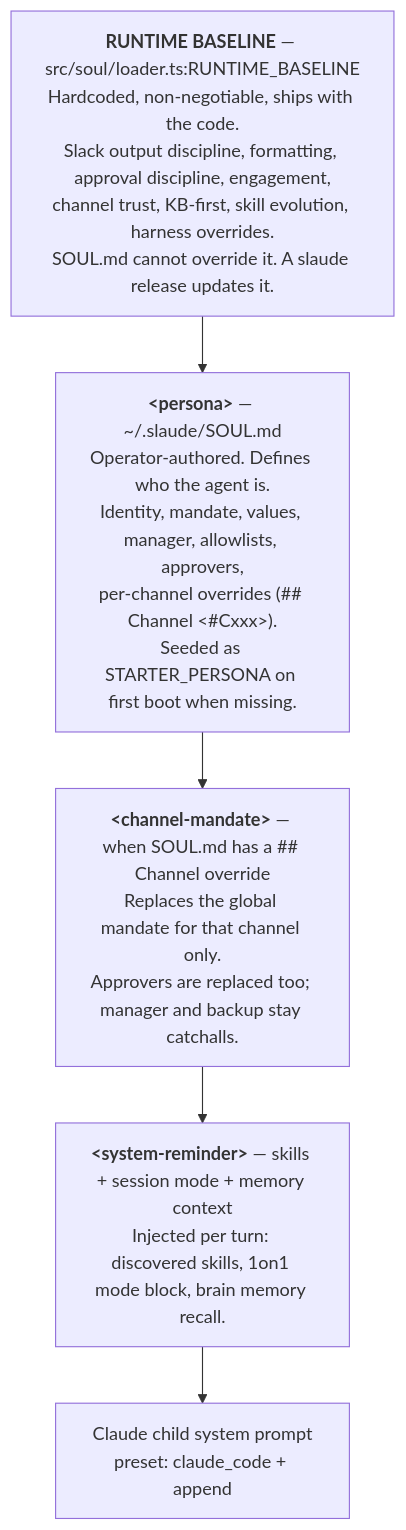
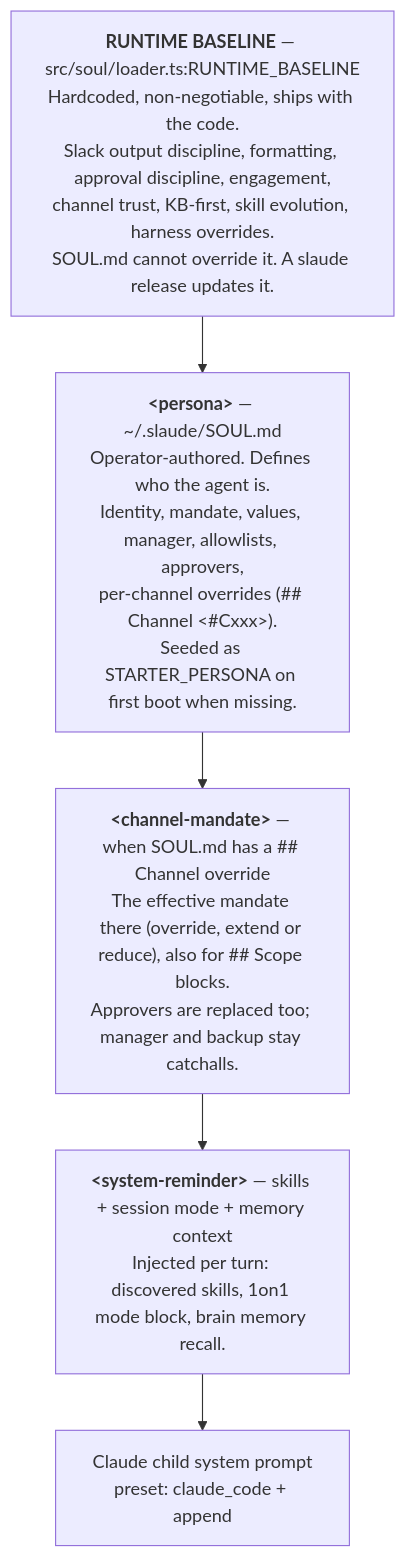
Before and after one commit to barockok/slaude: the seventh of 8 diagrams in docs/site/_content/start/architecture.md, drawn with Mermaid. The commit also changed other lines of this file and 36 other files, not shown here.

First line of the commit message:
feat(soul): scoped mandates (override, extend, reduce per boundary) (#185)

````diff
--- a/docs/site/_content/start/architecture.md
+++ b/docs/site/_content/start/architecture.md
@@ -340,10 +341,10 @@
 ```mermaid
 flowchart TB
   Base["<b>RUNTIME BASELINE</b> — src/soul/loader.ts:RUNTIME_BASELINE<br/>Hardcoded, non-negotiable, ships with the code.<br/>Slack output discipline, formatting, approval discipline, engagement,<br/>channel trust, KB-first, skill evolution, harness overrides.<br/>SOUL.md cannot override it. A slaude release updates it."]
   Persona["<b>&lt;persona&gt;</b> — ~/.slaude/SOUL.md<br/>Operator-authored. Defines who the agent is.<br/>Identity, mandate, values, manager, allowlists, approvers,<br/>per-channel overrides (## Channel &lt;#Cxxx&gt;).<br/>Seeded as STARTER_PERSONA on first boot when missing."]
-  Mandate["<b>&lt;channel-mandate&gt;</b> — when SOUL.md has a ## Channel override<br/>Replaces the global mandate for that channel only.<br/>Approvers are replaced too; manager and backup stay catchalls."]
+  Mandate["<b>&lt;channel-mandate&gt;</b> — when SOUL.md has a ## Channel override<br/>The effective mandate there (override, extend or reduce), also for ## Scope blocks.<br/>Approvers are replaced too; manager and backup stay catchalls."]
   Reminder["<b>&lt;system-reminder&gt;</b> — skills + session mode + memory context<br/>Injected per turn: discovered skills, 1on1 mode block, brain memory recall."]
   Out["Claude child system prompt<br/>preset: claude_code + append"]
 
   Base --> Persona --> Mandate --> Reminder --> Out
 ```
````
